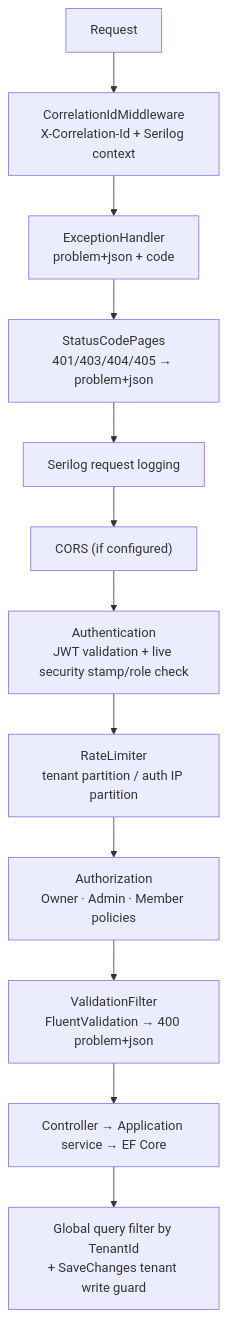
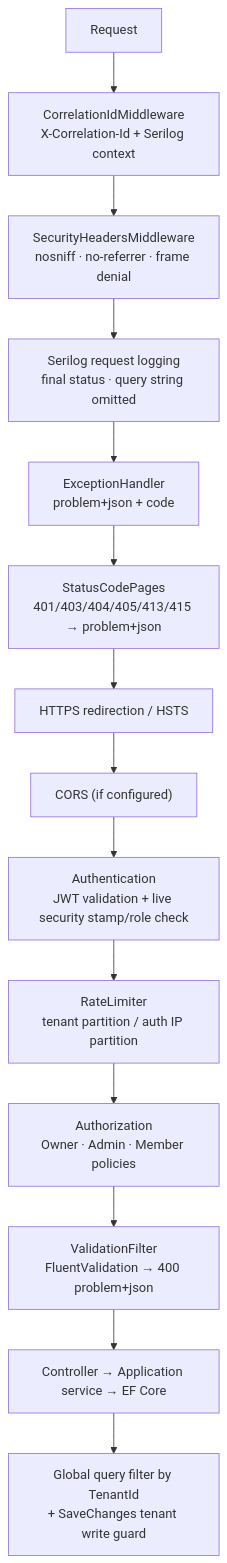
The third of 6 diagrams in docs/architecture.md (MFarooqTahir/multitenant-aspnet-api), drawn with Mermaid before and after one commit. The commit also changed other lines of this file and 140 other files, not shown here.

````diff
--- a/docs/architecture.md
+++ b/docs/architecture.md
@@ -31,14 +31,16 @@
 ```mermaid
 flowchart TD
     A["Request"] --> B["CorrelationIdMiddleware<br/>X-Correlation-Id + Serilog context"]
-    B --> C["ExceptionHandler<br/>problem+json + code"]
-    C --> D["StatusCodePages<br/>401/403/404/405 → problem+json"]
-    D --> E["Serilog request logging"]
-    E --> F["CORS (if configured)"]
+    B --> B2["SecurityHeadersMiddleware<br/>nosniff · no-referrer · frame denial"]
+    B2 --> E["Serilog request logging<br/>final status · query string omitted"]
+    E --> C["ExceptionHandler<br/>problem+json + code"]
+    C --> D["StatusCodePages<br/>401/403/404/405/413/415 → problem+json"]
+    D --> E2["HTTPS redirection / HSTS"]
+    E2 --> F["CORS (if configured)"]
     F --> G["Authentication<br/>JWT validation + live security stamp/role check"]
     G --> H["RateLimiter<br/>tenant partition / auth IP partition"]
     H --> I["Authorization<br/>Owner · Admin · Member policies"]
     I --> J["ValidationFilter<br/>FluentValidation → 400 problem+json"]
     J --> K["Controller → Application service → EF Core"]
     K --> L["Global query filter by TenantId<br/>+ SaveChanges tenant write guard"]
 ```
````
